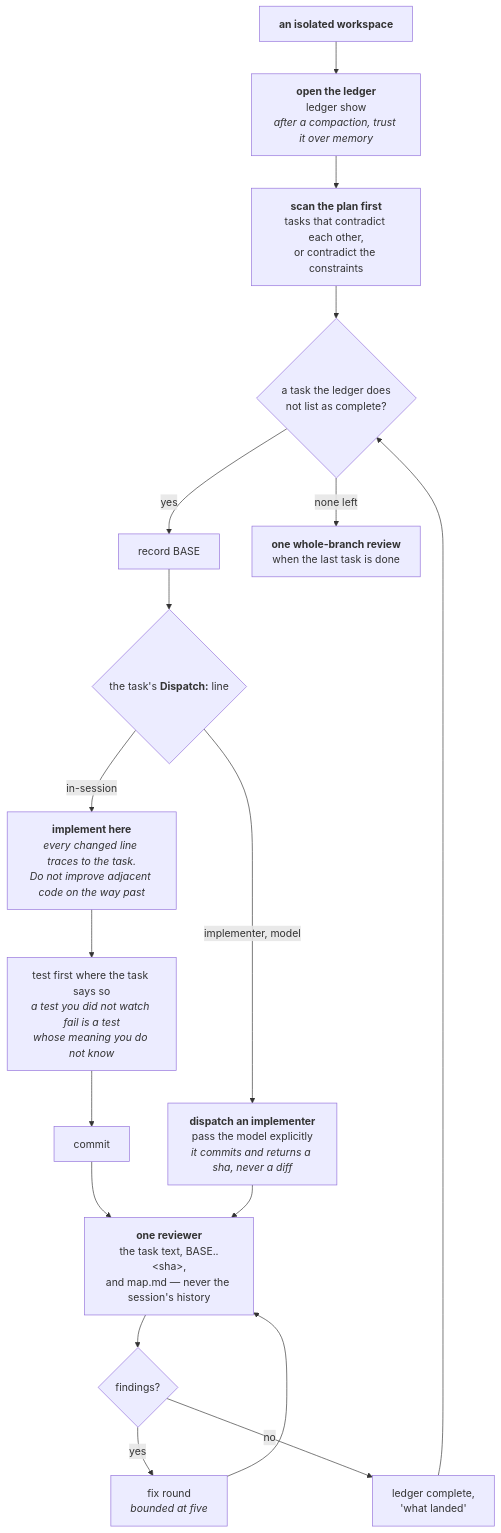
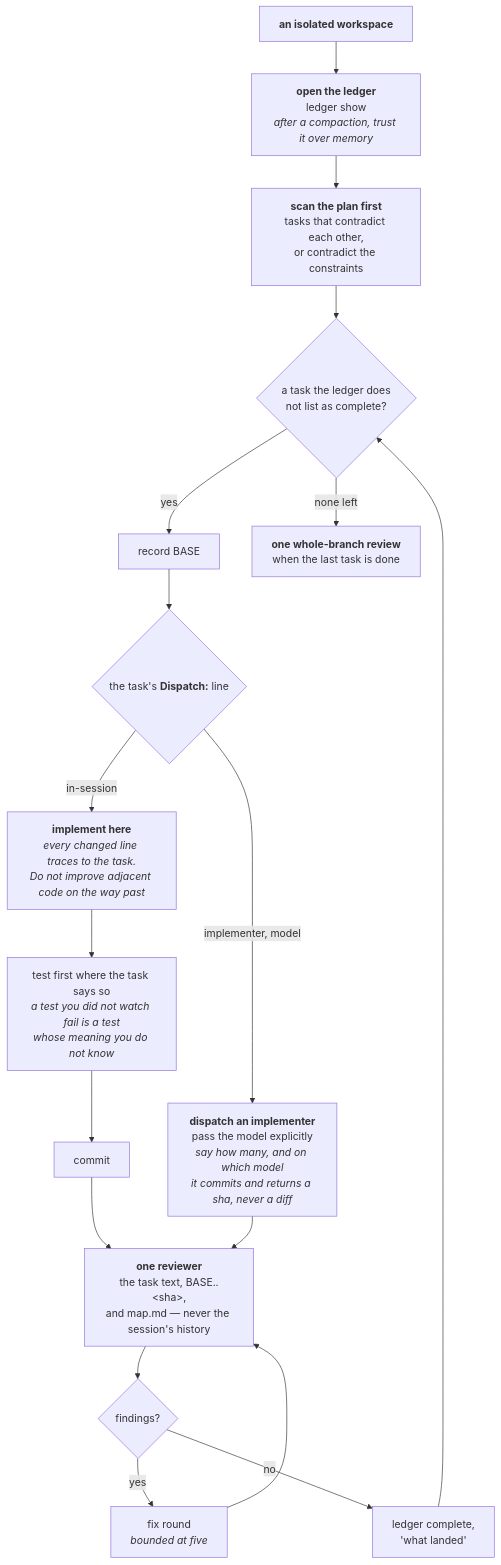
The fourth of 8 diagrams in docs/pipeline.md (FanFantom9452/FanKeel), drawn with Mermaid before and after one commit. The commit also changed other lines of this file and 13 other files, not shown here.

````diff
--- a/docs/pipeline.md
+++ b/docs/pipeline.md
@@ -417,34 +424,34 @@
 ```mermaid
 flowchart TD
     S1["<b>an isolated workspace</b>"]
     S2["<b>open the ledger</b><br/>ledger show<br/><i>after a compaction, trust it over memory</i>"]
     S3["<b>scan the plan first</b><br/>tasks that contradict each other,<br/>or contradict the constraints"]
     L{"a task the ledger does<br/>not list as complete?"}
     T1["record BASE"]
     T2{"the task's <b>Dispatch:</b> line"}
     T2a["<b>implement here</b><br/><i>every changed line traces to the task.<br/>Do not improve adjacent code on the way past</i>"]
-    T2b["<b>dispatch an implementer</b><br/>pass the model explicitly<br/><i>it commits and returns a sha, never a diff</i>"]
+    T2b["<b>dispatch an implementer</b><br/>pass the model explicitly<br/><i>say how many, and on which model</i><br/><i>it commits and returns a sha, never a diff</i>"]
     T3["test first where the task says so<br/><i>a test you did not watch fail is a test<br/>whose meaning you do not know</i>"]
     T4["commit"]
     T5["<b>one reviewer</b><br/>the task text, BASE..&lt;sha&gt;,<br/>and map.md — never the session's history"]
     T6{"findings?"}
     T7["fix round<br/><i>bounded at five</i>"]
     T8["ledger complete,<br/>'what landed'"]
     R["<b>one whole-branch review</b><br/>when the last task is done"]
 
     S1 --> S2 --> S3 --> L
     L -- yes --> T1
     T1 --> T2
     T2 -- "in-session" --> T2a
     T2 -- "implementer, model" --> T2b
     T2a --> T3
     T3 --> T4
     T4 --> T5
     T2b --> T5
     T5 --> T6
     T6 -- yes --> T7
     T7 --> T5
     T6 -- no --> T8
     T8 --> L
     L -- "none left" --> R
 ```
````
